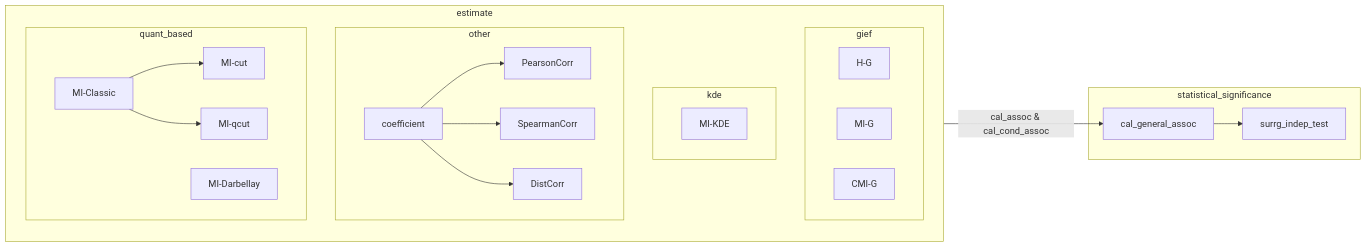
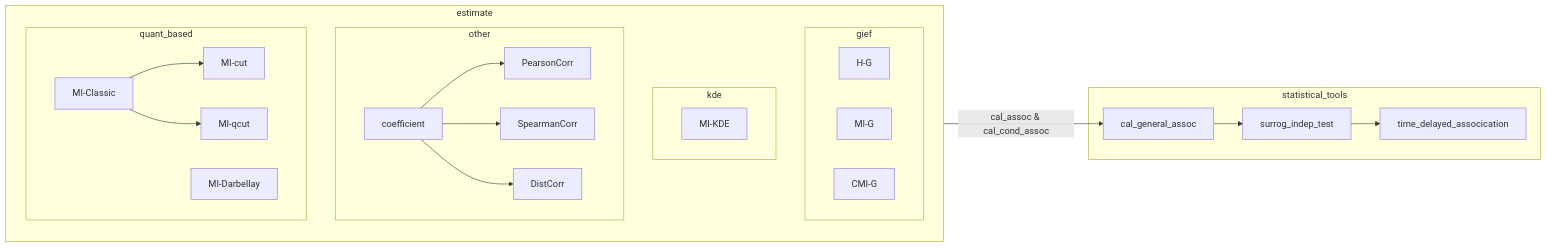
Before and after one commit to Ulti-Dreisteine/ToMerge-General-Information-Estimation-Framework: the diagram in README.md, drawn with Mermaid. The commit also changed other lines of this file, not shown here.

````diff
--- a/README.md
+++ b/README.md
@@ -48,28 +52,29 @@
 ```mermaid
 flowchart LR
 
 subgraph estimate
     subgraph gief
         H-G & MI-G & CMI-G
     end
 
     subgraph kde
         MI-KDE
     end
 
     subgraph other
         coefficient --> PearsonCorr & SpearmanCorr & DistCorr
     end
 
     subgraph quant_based
         MI-Classic --> MI-cut & MI-qcut
         MI-Darbellay
     end
 end
 
-subgraph statistical_significance
-    cal_general_assoc --> surrg_indep_test
+subgraph statistical_tools
+    cal_general_assoc --> surrog_indep_test
+    surrog_indep_test --> time_delayed_assocication
 end
 
 estimate --cal_assoc & cal_cond_assoc--> cal_general_assoc
 ```
````
